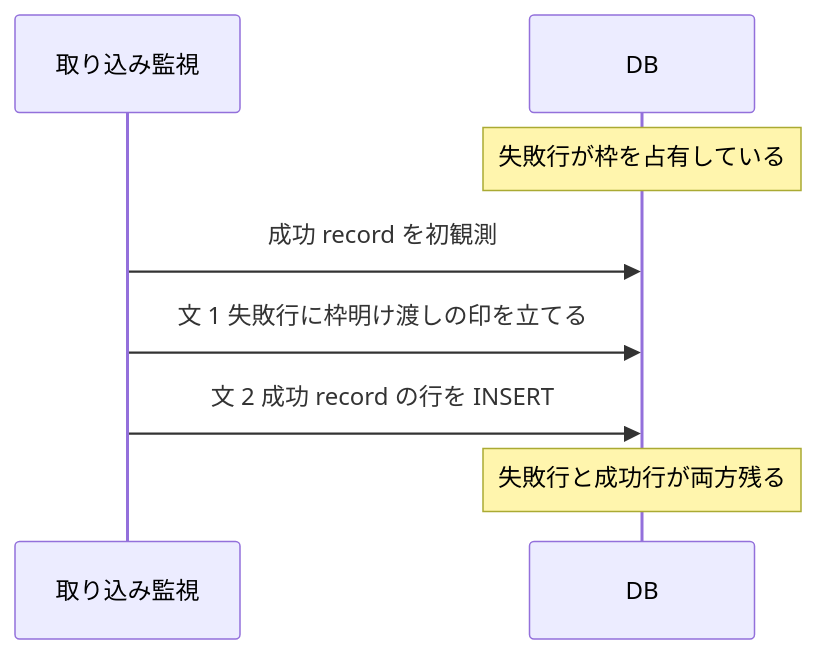
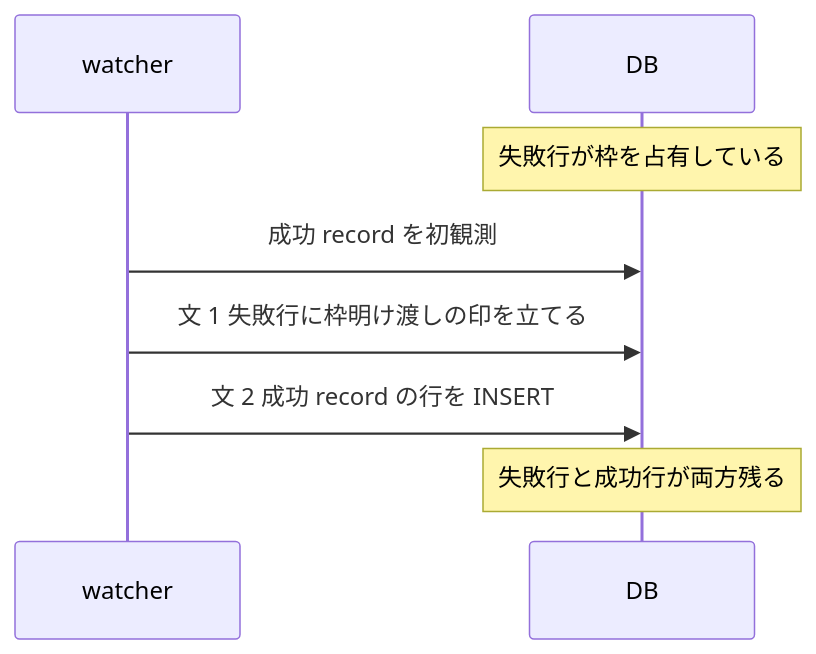
The first of 2 diagrams in docs/schema/recordings.md (fetburner/rokuban), drawn with Mermaid before and after one commit. The commit also changed other lines of this file and 24 other files, not shown here.

````diff
--- a/docs/schema/recordings.md
+++ b/docs/schema/recordings.md
@@ -270,10 +271,10 @@
 ```mermaid
 sequenceDiagram
-    participant W as 取り込み監視
+    participant W as watcher
     participant D as DB
     Note over D: 失敗行が枠を占有している
     W->>D: 成功 record を初観測
     W->>D: 文 1 失敗行に枠明け渡しの印を立てる
     W->>D: 文 2 成功 record の行を INSERT
     Note over D: 失敗行と成功行が両方残る
 ```
````
